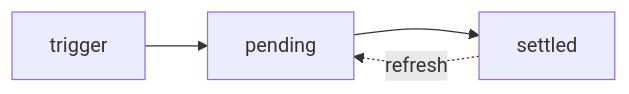
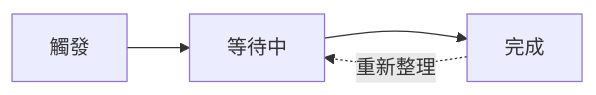
Before and after one commit to Luciano0322/v-tw-talk-2026: the second of 3 diagrams in pages/00-intro.md, drawn with Mermaid. The commit also changed other lines of this file and 9 other files, not shown here.

````diff
--- a/pages/00-intro.md
+++ b/pages/00-intro.md
@@ -213,5 +213,5 @@
 ```mermaid
 flowchart LR
-  R1["trigger"] --> R2["pending"] --> R3["settled"]
-  R3 -. "refresh" .-> R2
+  R1["觸發"] --> R2["等待中"] --> R3["完成"]
+  R3 -. "重新整理" .-> R2
 ```
````
